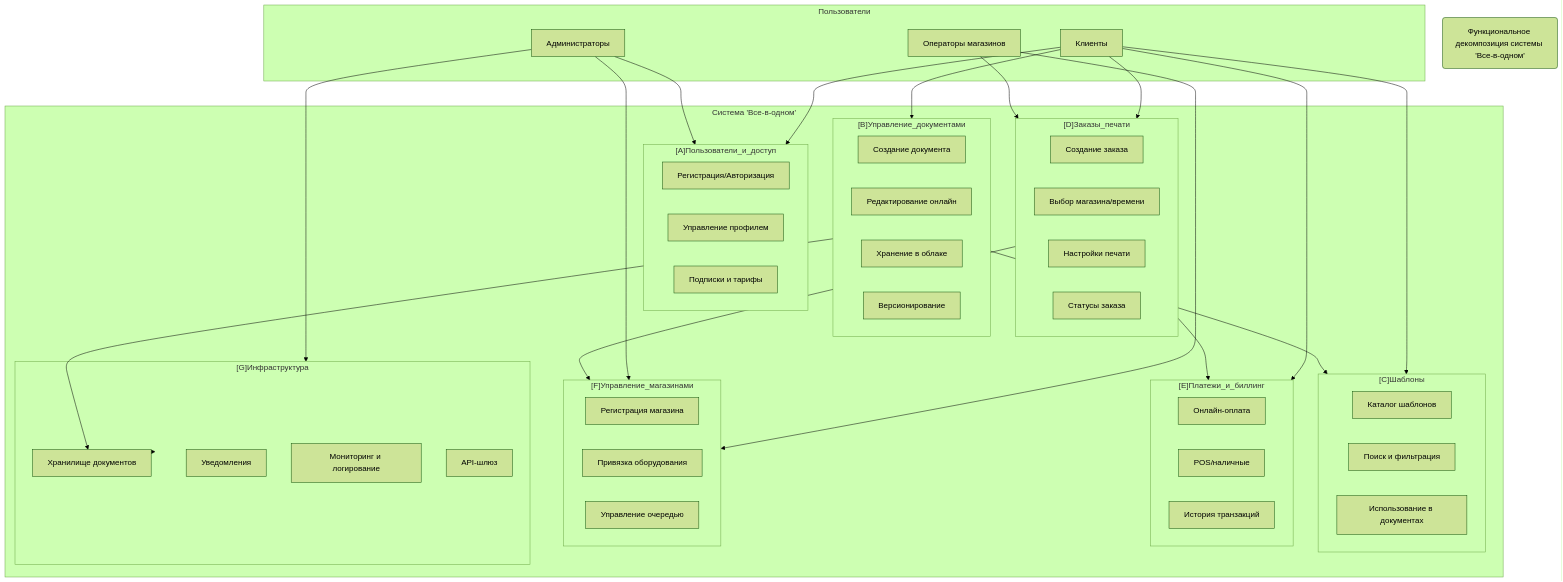
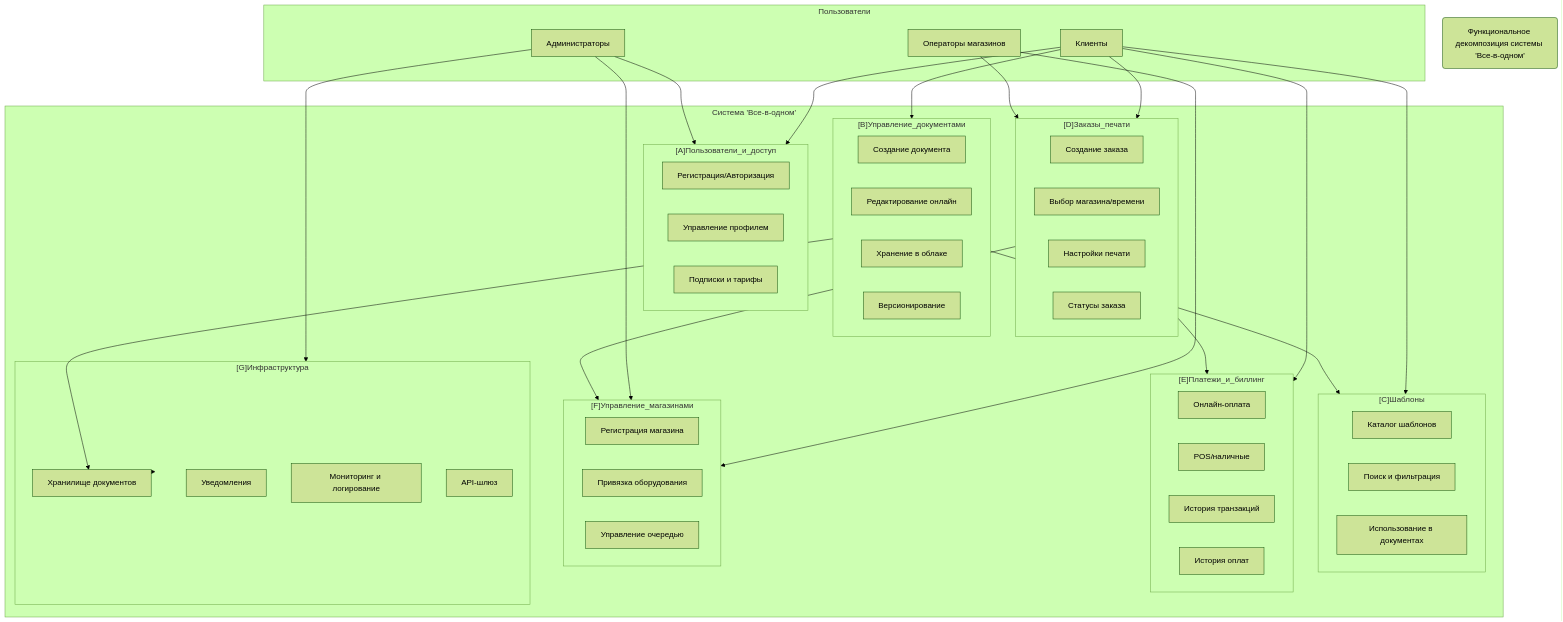
One commit to EvgenijKobzar/sa-otus changed the diagram in docs/architecture/mermaid/functional-decomposition.mmd. Above: the diagram before and after it, drawn with Mermaid (forest theme). The commit also changed 1 other file, not shown here.

Commit message:
Homework - функциональная диаграмма

```diff
--- a/docs/architecture/mermaid/functional-decomposition.mmd
+++ b/docs/architecture/mermaid/functional-decomposition.mmd
@@ -1,80 +1,81 @@
 ---
 config:
   flowchart:
     curve: bump
 ---
 
 flowchart TB
     title("Функциональное декомпозиция системы 'Все-в-одном'")
     subgraph Users["Пользователи"]
         U1[Клиенты]
         U2[Операторы магазинов]
         U3[Администраторы]
     end
 
     subgraph System["Система 'Все-в-одном'"]
         subgraph A["[A]Пользователи_и_доступ"]
             A1[Регистрация/Авторизация]
             A2[Управление профилем]
             A3[Подписки и тарифы]
         end
 
         subgraph B["[B]Управление_документами"]
             B1[Создание документа]
             B2[Редактирование онлайн]
             B3[Хранение в облаке]
             B4[Версионирование]
         end
 
         subgraph C["[C]Шаблоны"]
             C1[Каталог шаблонов]
             C2[Поиск и фильтрация]
             C3[Использование в документах]
         end
 
         subgraph D["[D]Заказы_печати"]
             D1[Создание заказа]
             D2[Выбор магазина/времени]
             D3[Настройки печати]
             D4[Статусы заказа]
         end
 
         subgraph E["[E]Платежи_и_биллинг"]
             E1[Онлайн-оплата]
             E2[POS/наличные]
             E3[История транзакций]
+            E4[История оплат]
         end
 
         subgraph F["[F]Управление_магазинами"]
             F1[Регистрация магазина]
             F2[Привязка оборудования]
             F3[Управление очередью]
         end
 
         subgraph G["[G]Инфраструктура"]
             G1[Хранилище документов]
             G2[Уведомления]
             G3[Мониторинг и логирование]
             G4[API-шлюз]
         end
     end
 
 %% Взаимосвязи
     U1 --> A
     U1 --> B
     U1 --> C
     U1 --> D
     U1 --> E
 
     U2 --> D
     U2 --> F
 
     U3 --> A
     U3 --> F
     U3 --> G
 
     D --> E
     D --> F
     B --> C
     B --> G1
     System --> G
```
